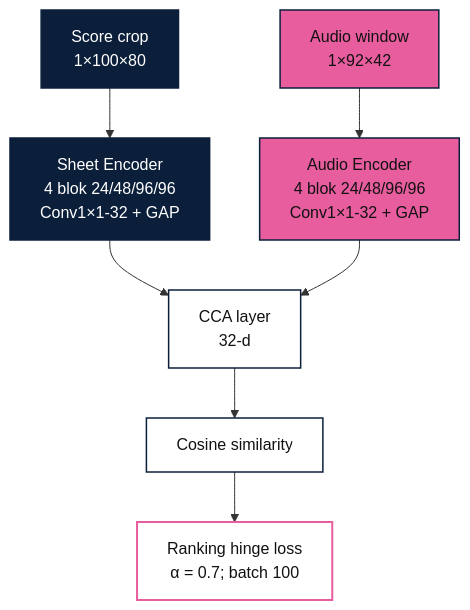
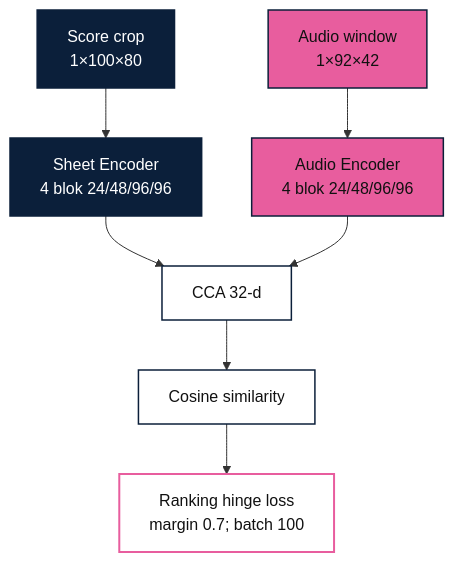
One commit to violaherfinap/msmd-learning changed the second of 4 diagrams in reports/dorfer_explained.md. Above: the diagram before and after it, drawn with Mermaid. The commit also changed other lines of this file and 5 other files, not shown here.

````diff
--- a/reports/dorfer_explained.md
+++ b/reports/dorfer_explained.md
@@ -248,20 +95,19 @@
 ```mermaid
 flowchart TB
-    S["Score crop<br/>1×100×80"] --> SE["Sheet Encoder<br/>4 blok 24/48/96/96<br/>Conv1×1-32 + GAP"]
-    A["Audio window<br/>1×92×42"] --> AE["Audio Encoder<br/>4 blok 24/48/96/96<br/>Conv1×1-32 + GAP"]
-    SE --> CCA["CCA layer<br/>32-d"]
+    S["Score crop<br/>1×100×80"] --> SE["Sheet Encoder<br/>4 blok 24/48/96/96"]
+    A["Audio window<br/>1×92×42"] --> AE["Audio Encoder<br/>4 blok 24/48/96/96"]
+    SE --> CCA["CCA 32-d"]
     AE --> CCA
     CCA --> C["Cosine similarity"]
-    C --> L["Ranking hinge loss<br/>α = 0.7; batch 100"]
+    C --> L["Ranking hinge loss<br/>margin 0.7; batch 100"]
 
     classDef navyBox fill:#0B1F3A,stroke:#0B1F3A,color:#FFFFFF,stroke-width:1.5px;
     classDef pinkBox fill:#E85D9E,stroke:#0B1F3A,color:#111111,stroke-width:1.5px;
     classDef whiteNavy fill:#FFFFFF,stroke:#0B1F3A,color:#111111,stroke-width:1.5px;
     classDef accentBox fill:#FFFFFF,stroke:#E85D9E,color:#111111,stroke-width:2px;
-
     class S,SE navyBox;
     class A,AE pinkBox;
     class CCA whiteNavy;
     class C whiteNavy;
     class L accentBox;
 ```
````
